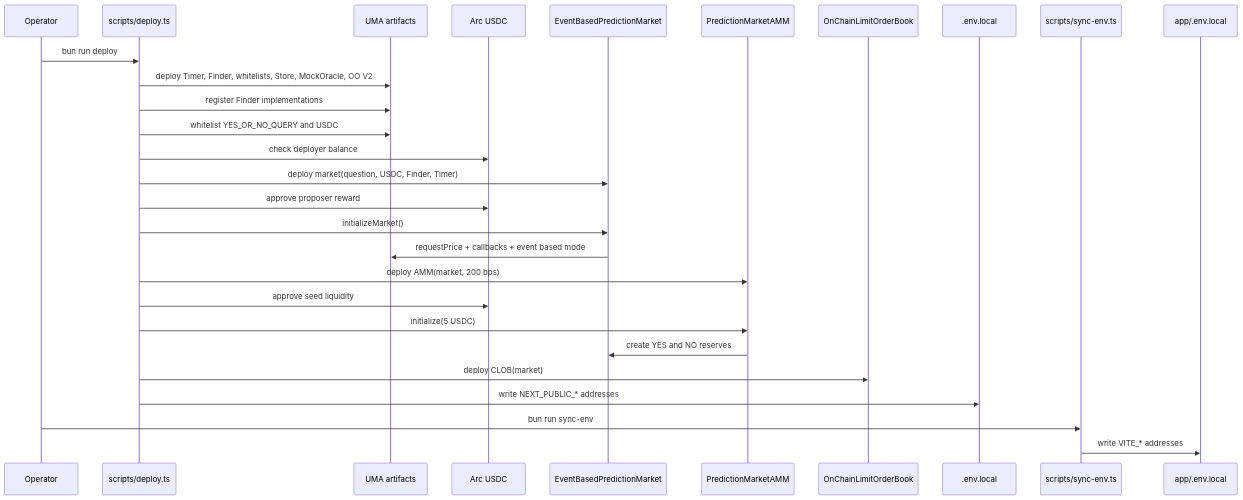
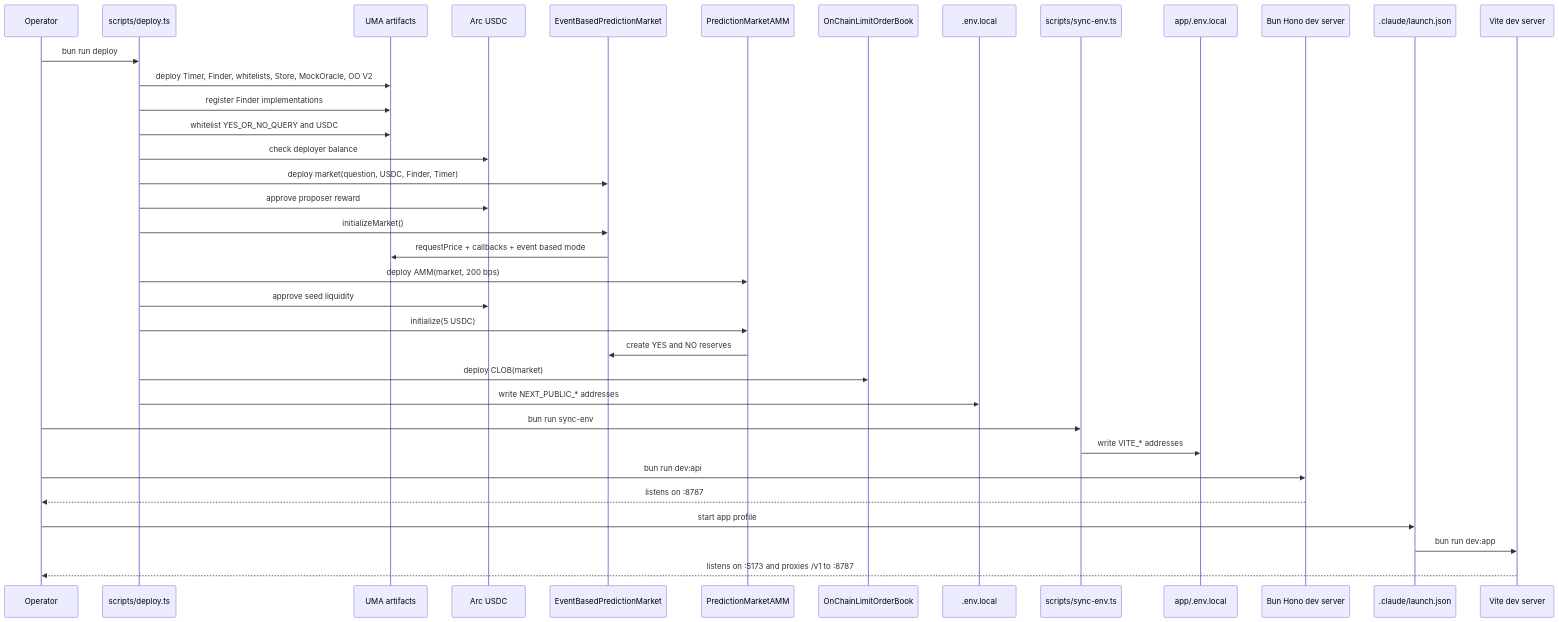
Before and after one commit to Kirashchuk/Predict-Edge: the fourth of 5 diagrams in docs/architecture-ascii-mermaid.md, drawn with Mermaid. The commit also changed other lines of this file and 2 other files, not shown here.

Commit message:
Update Mermaid docs

````diff
--- a/docs/architecture-ascii-mermaid.md
+++ b/docs/architecture-ascii-mermaid.md
@@ -190,31 +193,39 @@
 ```mermaid
 sequenceDiagram
     participant Op as Operator
     participant Deploy as scripts/deploy.ts
     participant UMA as UMA artifacts
     participant USDC as Arc USDC
     participant MKT as EventBasedPredictionMarket
     participant AMM as PredictionMarketAMM
     participant CLOB as OnChainLimitOrderBook
     participant Env as .env.local
     participant Sync as scripts/sync-env.ts
     participant AppEnv as app/.env.local
+    participant Api as Bun Hono dev server
+    participant Launch as .claude/launch.json
+    participant Vite as Vite dev server
 
     Op->>Deploy: bun run deploy
     Deploy->>UMA: deploy Timer, Finder, whitelists, Store, MockOracle, OO V2
     Deploy->>UMA: register Finder implementations
     Deploy->>UMA: whitelist YES_OR_NO_QUERY and USDC
     Deploy->>USDC: check deployer balance
     Deploy->>MKT: deploy market(question, USDC, Finder, Timer)
     Deploy->>USDC: approve proposer reward
     Deploy->>MKT: initializeMarket()
     MKT->>UMA: requestPrice + callbacks + event based mode
     Deploy->>AMM: deploy AMM(market, 200 bps)
     Deploy->>USDC: approve seed liquidity
     Deploy->>AMM: initialize(5 USDC)
     AMM->>MKT: create YES and NO reserves
     Deploy->>CLOB: deploy CLOB(market)
     Deploy->>Env: write NEXT_PUBLIC_* addresses
     Op->>Sync: bun run sync-env
     Sync->>AppEnv: write VITE_* addresses
+    Op->>Api: bun run dev:api
+    Api-->>Op: listens on :8787
+    Op->>Launch: start app profile
+    Launch->>Vite: bun run dev:app
+    Vite-->>Op: listens on :5173 and proxies /v1 to :8787
 ```
````
